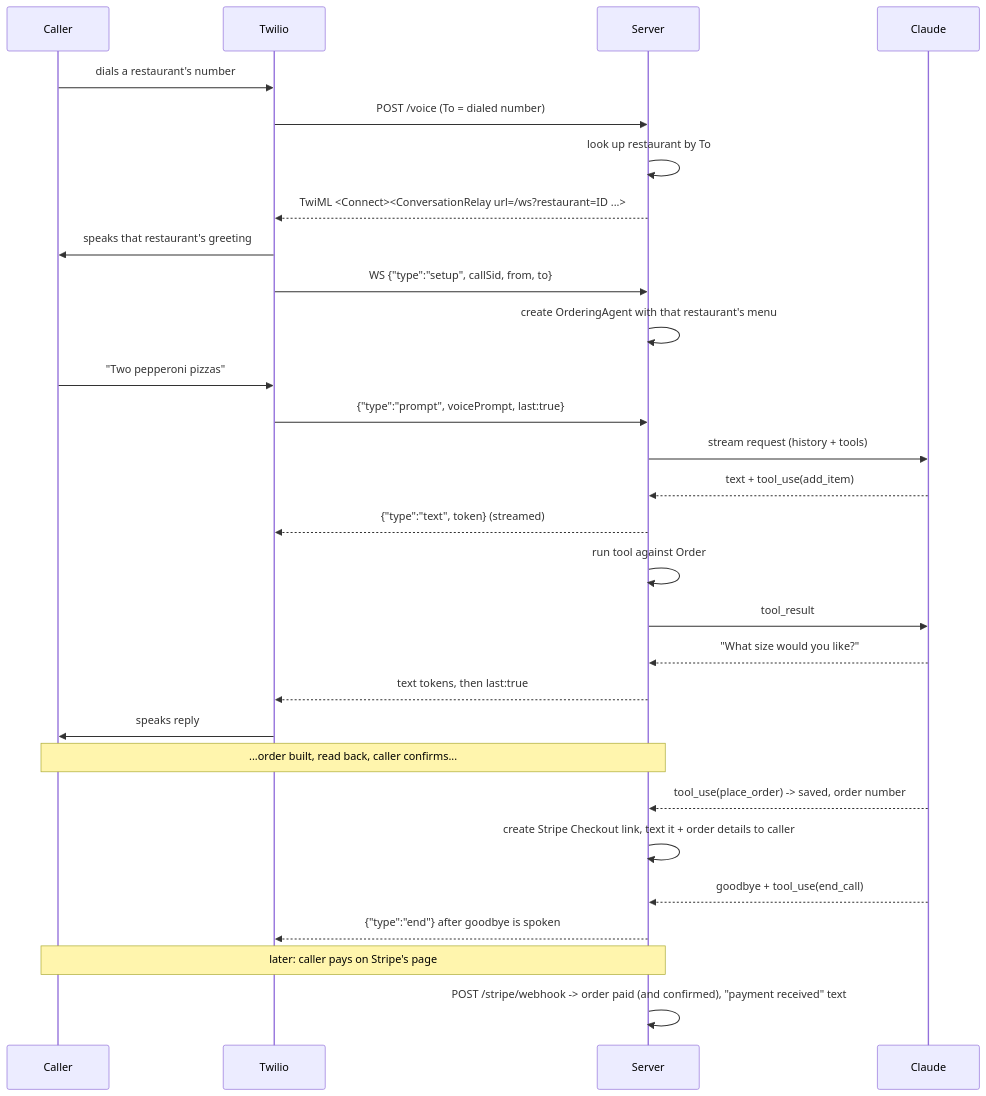
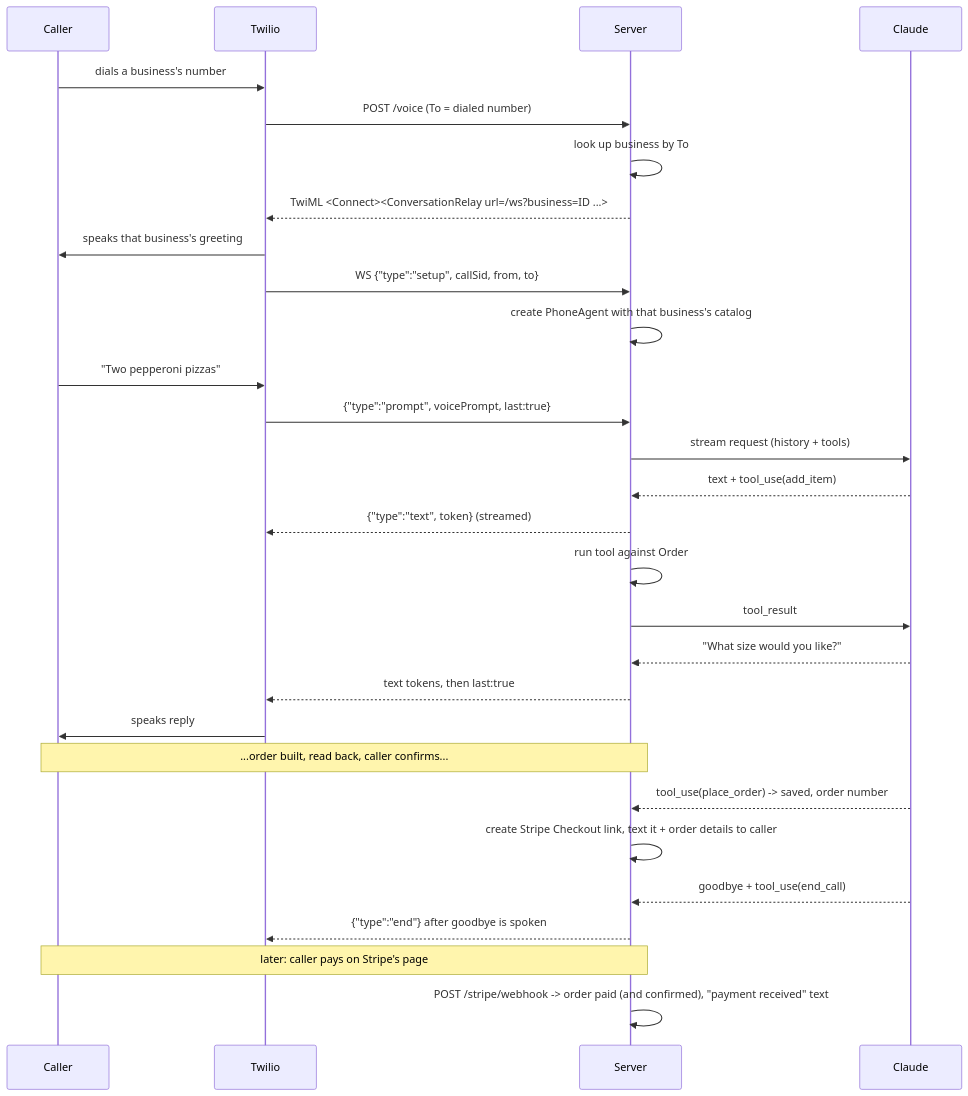
One commit to kapilvallamkonda/Demo-Ordering-Agent changed the second of 2 diagrams in docs/DESIGN.md. Above: the diagram before and after it, drawn with Mermaid. The commit also changed other lines of this file and 46 other files, not shown here.

First line of the commit message:
Rename to Phone Agent: generic names in code, database and docs

````diff
--- a/docs/DESIGN.md
+++ b/docs/DESIGN.md
@@ -73,31 +73,31 @@
 ```mermaid
 sequenceDiagram
     participant C as Caller
     participant T as Twilio
     participant S as Server
     participant A as Claude
-    C->>T: dials a restaurant's number
+    C->>T: dials a business's number
     T->>S: POST /voice (To = dialed number)
-    S->>S: look up restaurant by To
-    S-->>T: TwiML <Connect><ConversationRelay url=/ws?restaurant=ID ...>
-    T->>C: speaks that restaurant's greeting
+    S->>S: look up business by To
+    S-->>T: TwiML <Connect><ConversationRelay url=/ws?business=ID ...>
+    T->>C: speaks that business's greeting
     T->>S: WS {"type":"setup", callSid, from, to}
-    S->>S: create OrderingAgent with that restaurant's menu
+    S->>S: create PhoneAgent with that business's catalog
     C->>T: "Two pepperoni pizzas"
     T->>S: {"type":"prompt", voicePrompt, last:true}
     S->>A: stream request (history + tools)
     A-->>S: text + tool_use(add_item)
     S-->>T: {"type":"text", token} (streamed)
     S->>S: run tool against Order
     S->>A: tool_result
     A-->>S: "What size would you like?"
     S-->>T: text tokens, then last:true
     T->>C: speaks reply
     Note over C,S: ...order built, read back, caller confirms...
     A-->>S: tool_use(place_order) -> saved, order number
     S->>S: create Stripe Checkout link, text it + order details to caller
     A-->>S: goodbye + tool_use(end_call)
     S-->>T: {"type":"end"} after goodbye is spoken
     Note over C,S: later: caller pays on Stripe's page
     S->>S: POST /stripe/webhook -> order paid (and confirmed), "payment received" text
 ```
````
